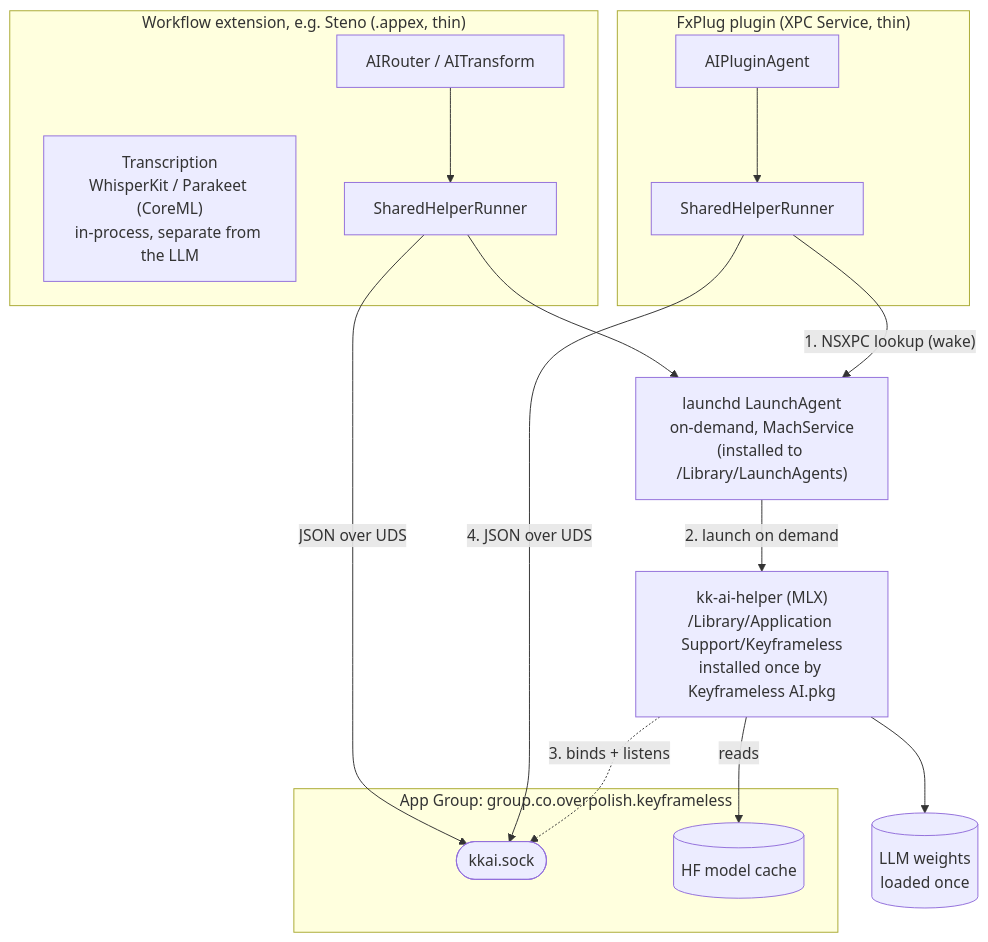
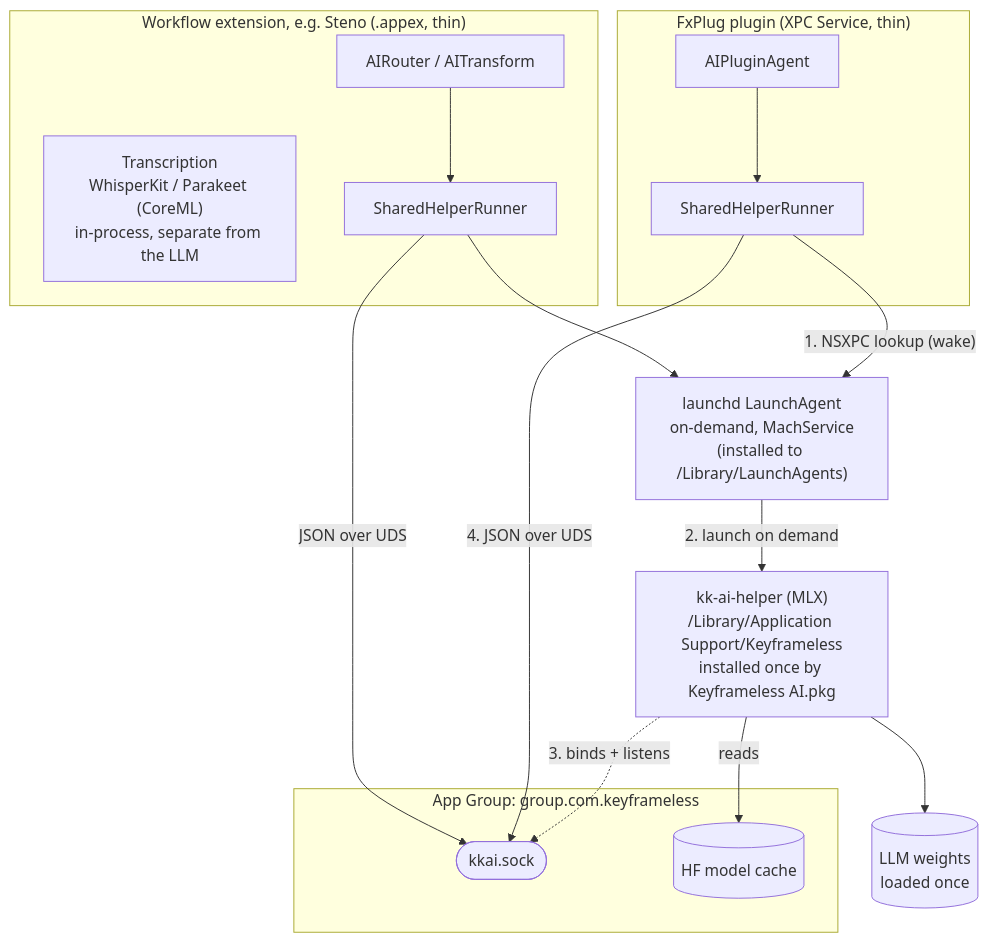
Before and after one commit to overpolish/keyframeless: the diagram in KeyframelessAI/README.md, drawn with Mermaid. The commit also changed other lines of this file and 73 other files, not shown here.

Commit message:
refactor: move bundle id to com.keyframeless.*

````diff
--- a/KeyframelessAI/README.md
+++ b/KeyframelessAI/README.md
@@ -21,28 +21,28 @@
 ```mermaid
 flowchart TB
     subgraph plugin ["FxPlug plugin (XPC Service, thin)"]
         PA["AIPluginAgent"] --> SHR["SharedHelperRunner"]
     end
     subgraph ext ["Workflow extension, e.g. Steno (.appex, thin)"]
         TR["Transcription<br/>WhisperKit / Parakeet (CoreML)<br/>in-process, separate from the LLM"]
         AX["AIRouter / AITransform"] --> SHR2["SharedHelperRunner"]
     end
 
     LA["launchd LaunchAgent<br/>on-demand, MachService<br/>(installed to /Library/LaunchAgents)"]
     HELPER["kk-ai-helper (MLX)<br/>/Library/Application Support/Keyframeless<br/>installed once by Keyframeless AI.pkg"]
 
-    subgraph group ["App Group: group.co.overpolish.keyframeless"]
+    subgraph group ["App Group: group.com.keyframeless"]
         SOCK(["kkai.sock"])
         CACHE[("HF model cache")]
     end
     MODEL[("LLM weights<br/>loaded once")]
 
     SHR -->|"1. NSXPC lookup (wake)"| LA
     SHR2 --> LA
     LA -->|"2. launch on demand"| HELPER
     HELPER -.->|"3. binds + listens"| SOCK
     SHR -->|"4. JSON over UDS"| SOCK
     SHR2 -->|JSON over UDS| SOCK
     HELPER --> MODEL
     HELPER -->|reads| CACHE
 ```
````
